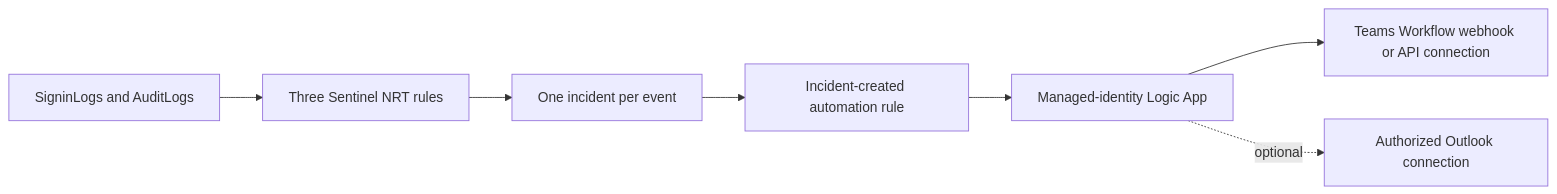
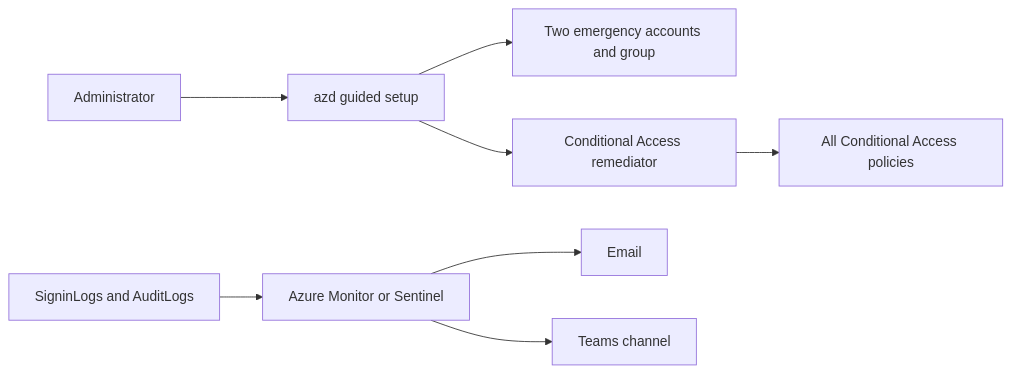
One commit to nathanmcnulty/azd-emergency-access changed the diagram in README.md. Above: the diagram before and after it, drawn with Mermaid. The commit also changed other lines of this file and 13 other files, not shown here.

Commit message:
Add guided administrator setup and focused docs

````diff
--- a/README.md
+++ b/README.md
@@ -248,9 +75,10 @@
 ```mermaid
 flowchart LR
-  Entra[SigninLogs and AuditLogs] --> NRT[Three Sentinel NRT rules]
-  NRT --> Incident[One incident per event]
-  Incident --> Automation[Incident-created automation rule]
-  Automation --> Playbook[Managed-identity Logic App]
-  Playbook --> Teams[Teams Workflow webhook or API connection]
-  Playbook -. optional .-> Outlook[Authorized Outlook connection]
+  Admin[Administrator] --> Wizard[azd guided setup]
+  Wizard --> Identities[Two emergency accounts and group]
+  Wizard --> Remediator[Conditional Access remediator]
+  Remediator --> Policies[All Conditional Access policies]
+  Signins[SigninLogs and AuditLogs] --> Alerts[Azure Monitor or Sentinel]
+  Alerts --> Email[Email]
+  Alerts --> Teams[Teams channel]
 ```
````
